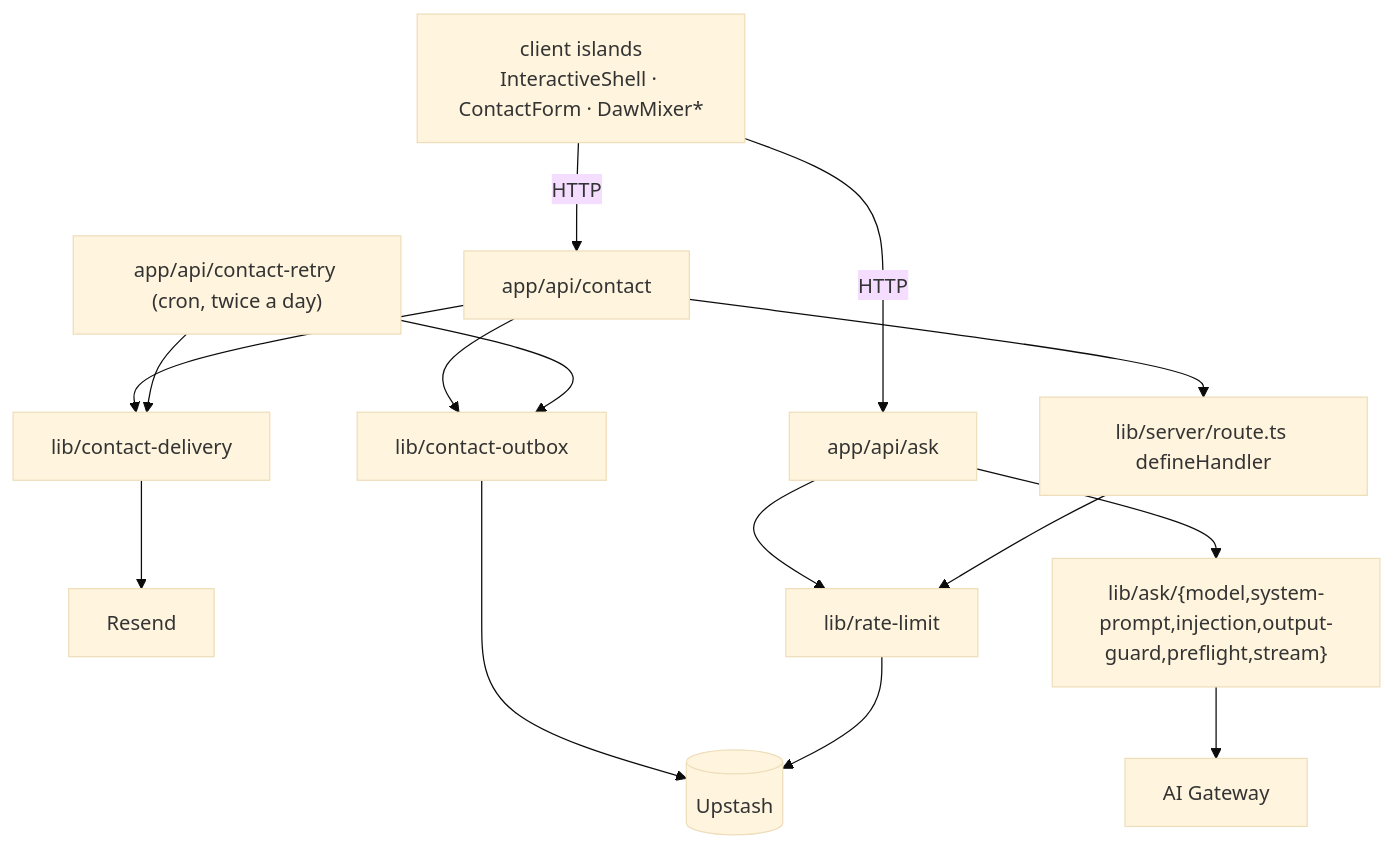
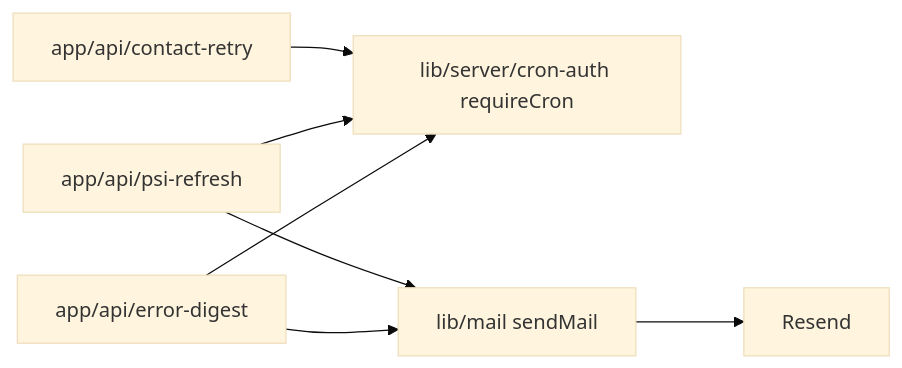
Before and after one commit to erikunha/portfolio: the fifth of 5 diagrams in docs/01-architecture.md, drawn with Mermaid (base theme). The commit also changed other lines of this file and 1454 other files, not shown here.

First line of the commit message:
refactor(architecture): milestones M0 to M14 and native ci:full (#423)

````diff
--- a/docs/01-architecture.md
+++ b/docs/01-architecture.md
@@ -146,17 +114,8 @@
 ```mermaid
-flowchart TD
-    island["client islands<br/>InteractiveShell · ContactForm · DawMixer*"] -->|HTTP| apiask["app/api/ask"]
-    island -->|HTTP| apicontact["app/api/contact"]
-    apicontact --> defh["lib/server/route.ts defineHandler"]
-    apicontact --> delivery["lib/contact-delivery"]
-    apicontact --> outbox["lib/contact-outbox"]
-    retry["app/api/contact-retry (cron, twice a day)"] --> delivery
-    retry --> outbox
-    outbox --> redis
-    delivery --> resend["Resend"]
-    apiask --> rl["lib/rate-limit"]
-    apiask --> askmod["lib/ask/{model,system-prompt,injection,output-guard,preflight,stream}"]
-    defh --> rl
-    rl --> redis[("Upstash")]
-    askmod --> gw["AI Gateway"]
+flowchart LR
+    cronretry["app/api/contact-retry"] --> auth["lib/server/cron-auth requireCron"]
+    psi["app/api/psi-refresh"] --> auth
+    digest["app/api/error-digest"] --> auth
+    psi --> mail["lib/mail sendMail"] --> resend["Resend"]
+    digest --> mail
 ```
````
